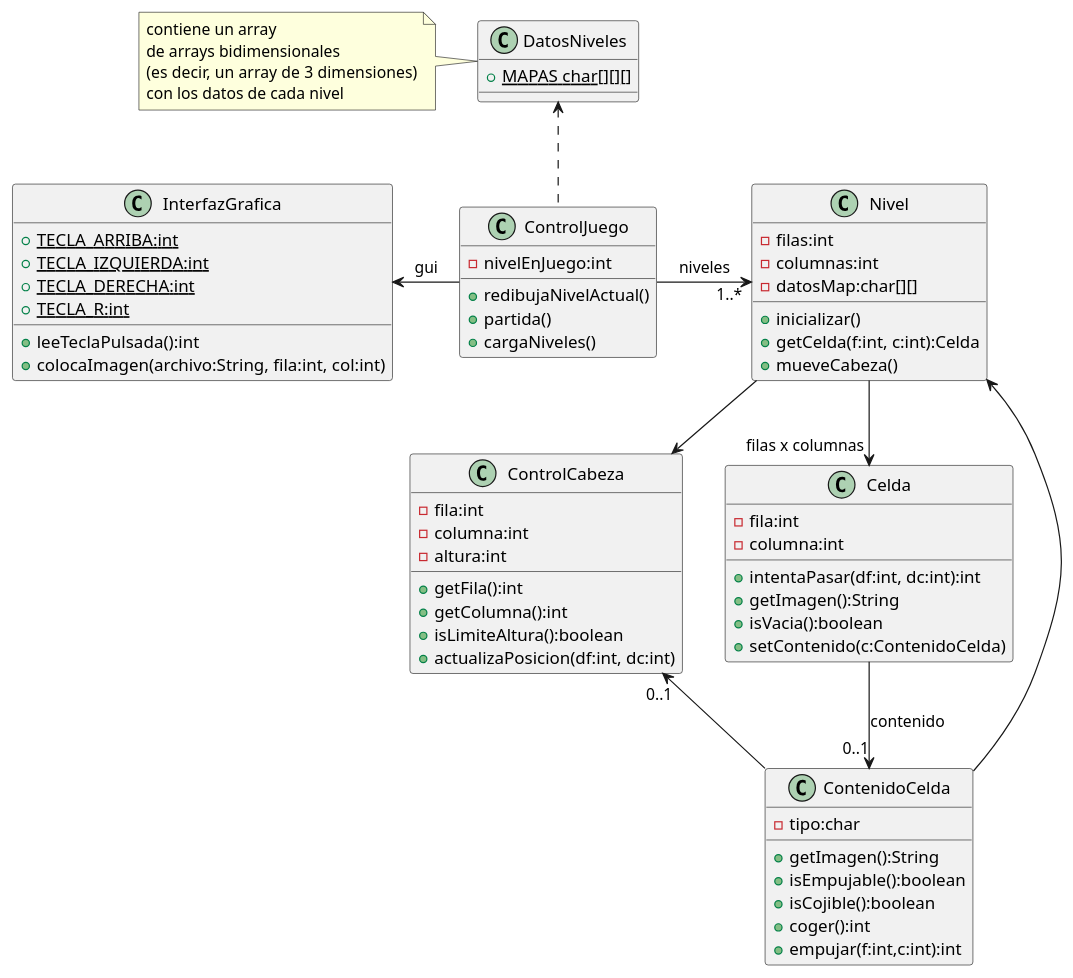
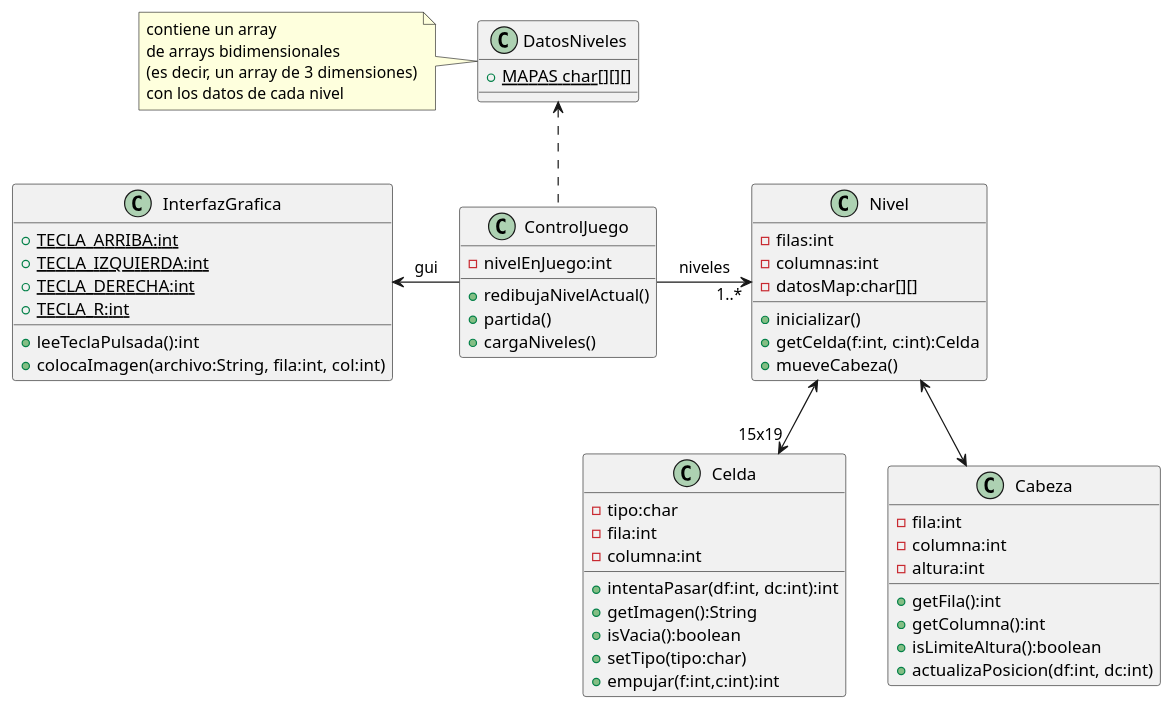
The diagram in uml.plantuml (mariomac/limerick), drawn with PlantUML before and after one commit. The commit also changed 5 other files, not shown here.

```diff
--- a/uml.plantuml
+++ b/uml.plantuml
@@ -1,79 +1,69 @@
 @startuml
 
 
 class InterfazGrafica {
     +{static} TECLA_ARRIBA:int
     +{static} TECLA_IZQUIERDA:int
     +{static} TECLA_DERECHA:int
     +{static} TECLA_R:int
     +leeTeclaPulsada():int
     +colocaImagen(archivo:String, fila:int, col:int)
 }
 
 class ControlJuego {
     -nivelEnJuego:int
     +redibujaNivelActual()
     +partida()
     +cargaNiveles()
 }
 
 class Nivel {
     -filas:int
     -columnas:int
     -datosMap:char[][]
     +inicializar()
     +getCelda(f:int, c:int):Celda
     +mueveCabeza()
 }
 
 class Celda {
+    -tipo:char
     -fila:int
     -columna:int
     +intentaPasar(df:int, dc:int):int
     +getImagen():String
     +isVacia():boolean
-    +setContenido(c:ContenidoCelda)
+    +setTipo(tipo:char)
+    +empujar(f:int,c:int):int
 }
 
-class ControlCabeza {
+class Cabeza {
     -fila:int
     -columna:int
     -altura:int
     +getFila():int
     +getColumna():int
     +isLimiteAltura():boolean
     +actualizaPosicion(df:int, dc:int)
 }
 
 note as N1
     contiene un array
     de arrays bidimensionales
     (es decir, un array de 3 dimensiones)
     con los datos de cada nivel
 end note
 
 class DatosNiveles {
     +{static} MAPAS char[][][]
 }
 
 N1 .right. DatosNiveles
 ControlJuego .up.> DatosNiveles
 ControlJuego -left-> InterfazGrafica : gui
 ControlJuego -> "1..*" Nivel : niveles
-ContenidoCelda -up-> Nivel
 
-Nivel --> "filas x columnas" Celda
-Nivel --> ControlCabeza
+Nivel <--> "15x19" Celda
+Nivel <--> Cabeza
 
-class ContenidoCelda {
-    -tipo:char
-    +getImagen():String
-    +isEmpujable():boolean
-    +isCojible():boolean
-    +coger():int
-    +empujar(f:int,c:int):int
-}
-
-Celda --> "0..1" ContenidoCelda: contenido
-ContenidoCelda -up-> "0..1" ControlCabeza
 @enduml
```
